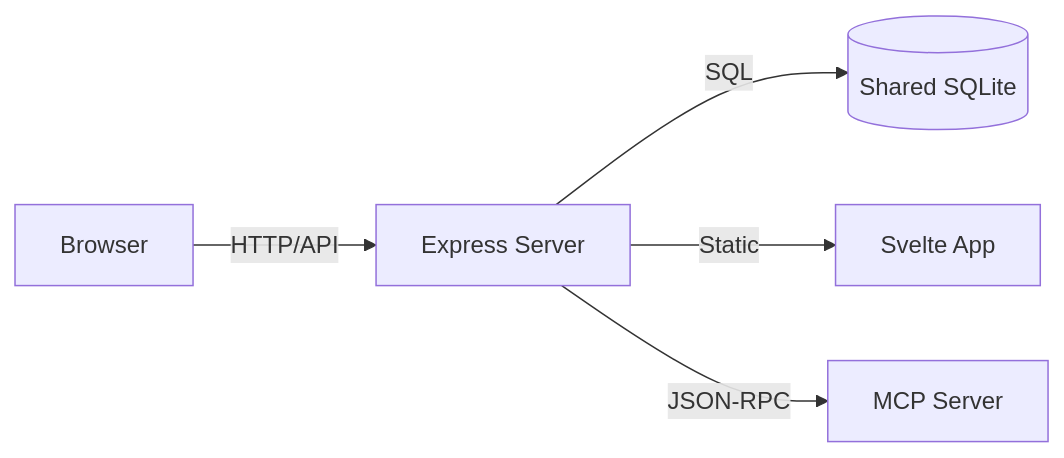
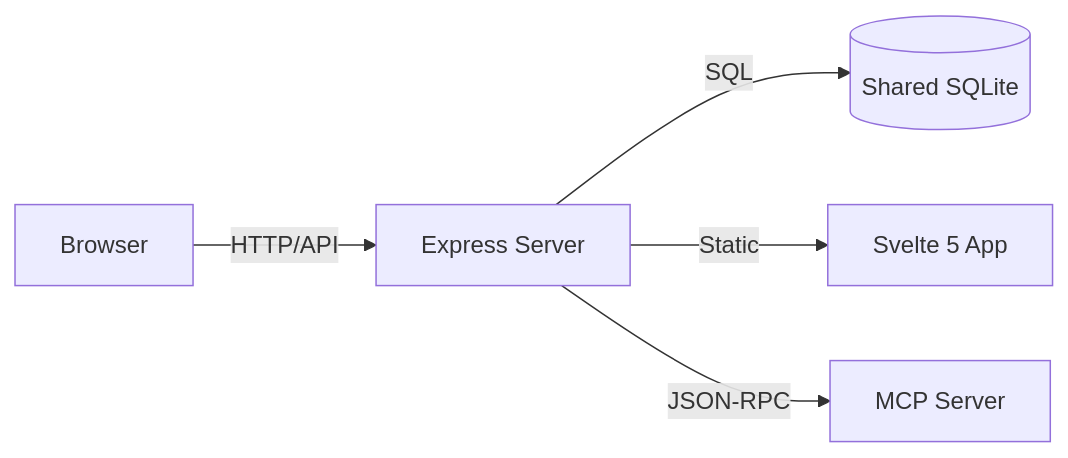
The diagram in .agents/documents/application/modules/dashboard/overview.md (vheins/local-memory-mcp), drawn with Mermaid before and after one commit. The commit also changed other lines of this file and 49 other files, not shown here.

````diff
--- a/.agents/documents/application/modules/dashboard/overview.md
+++ b/.agents/documents/application/modules/dashboard/overview.md
@@ -20,7 +37,7 @@
 ```mermaid
 graph LR
     A[Browser] -- HTTP/API --> B[Express Server]
     B -- SQL --> C[(Shared SQLite)]
-    B -- Static --> D[Svelte App]
+    B -- Static --> D[Svelte 5 App]
     B -- JSON-RPC --> E[MCP Server]
 ```
````
